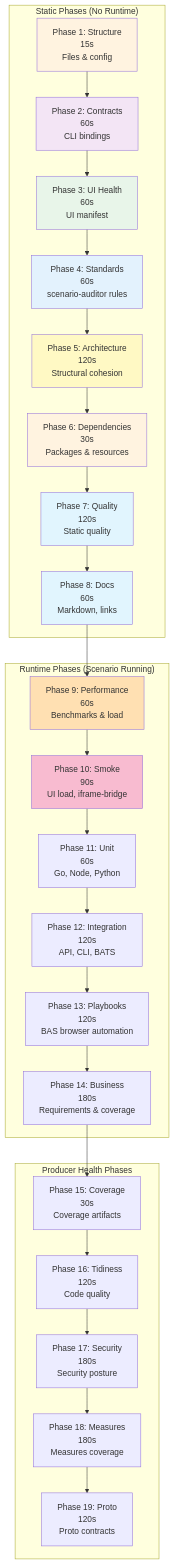
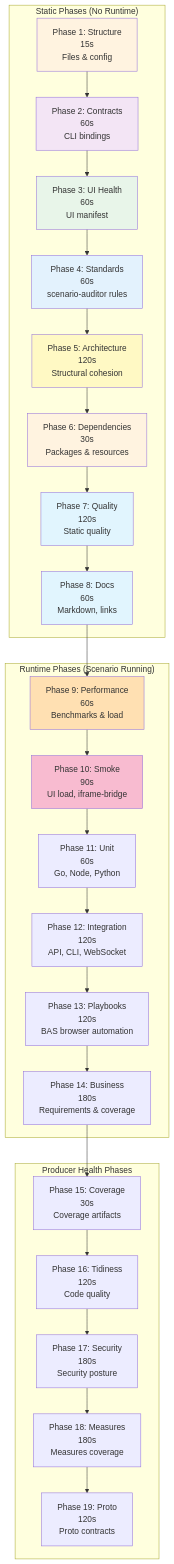
Before and after one commit to Vrooli/Vrooli: the diagram in scenarios/test-genie/docs/guides/phased-testing.md, drawn with Mermaid. The commit also changed other lines of this file and 232 other files, not shown here.

````diff
--- a/scenarios/test-genie/docs/guides/phased-testing.md
+++ b/scenarios/test-genie/docs/guides/phased-testing.md
@@ -11,43 +11,43 @@
 ```mermaid
 graph TB
     subgraph "Static Phases (No Runtime)"
         P1[Phase 1: Structure<br/>15s<br/>Files & config]
         P2[Phase 2: Contracts<br/>60s<br/>CLI bindings]
         P3[Phase 3: UI Health<br/>60s<br/>UI manifest]
         P4[Phase 4: Standards<br/>60s<br/>scenario-auditor rules]
         P5[Phase 5: Architecture<br/>120s<br/>Structural cohesion]
         P6[Phase 6: Dependencies<br/>30s<br/>Packages & resources]
         P7[Phase 7: Quality<br/>120s<br/>Static quality]
         P8[Phase 8: Docs<br/>60s<br/>Markdown, links]
     end
 
     subgraph "Runtime Phases (Scenario Running)"
         P9[Phase 9: Performance<br/>60s<br/>Benchmarks & load]
         P10[Phase 10: Smoke<br/>90s<br/>UI load, iframe-bridge]
         P11[Phase 11: Unit<br/>60s<br/>Go, Node, Python]
-        P12[Phase 12: Integration<br/>120s<br/>API, CLI, BATS]
+        P12[Phase 12: Integration<br/>120s<br/>API, CLI, WebSocket]
         P13[Phase 13: Playbooks<br/>120s<br/>BAS browser automation]
         P14[Phase 14: Business<br/>180s<br/>Requirements & coverage]
     end
 
     subgraph "Producer Health Phases"
         P15[Phase 15: Coverage<br/>30s<br/>Coverage artifacts]
         P16[Phase 16: Tidiness<br/>120s<br/>Code quality]
         P17[Phase 17: Security<br/>180s<br/>Security posture]
         P18[Phase 18: Measures<br/>180s<br/>Measures coverage]
         P19[Phase 19: Proto<br/>120s<br/>Proto contracts]
     end
 
     P1 --> P2 --> P3 --> P4 --> P5 --> P6 --> P7 --> P8 --> P9 --> P10 --> P11 --> P12 --> P13 --> P14 --> P15 --> P16 --> P17 --> P18 --> P19
 
     style P1 fill:#fff3e0
     style P2 fill:#f3e5f5
     style P3 fill:#e8f5e9
     style P4 fill:#e3f2fd
     style P5 fill:#fff9c4
     style P6 fill:#fff3e0
     style P7 fill:#e1f5fe
     style P8 fill:#e1f5fe
     style P9 fill:#ffe0b2
     style P10 fill:#f8bbd0
 ```
````
